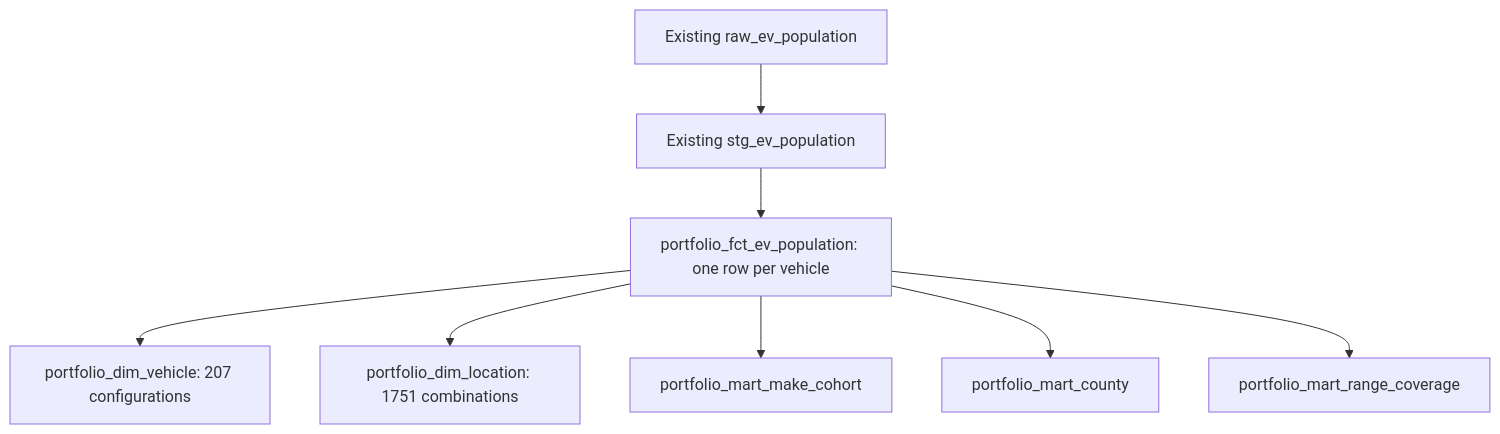
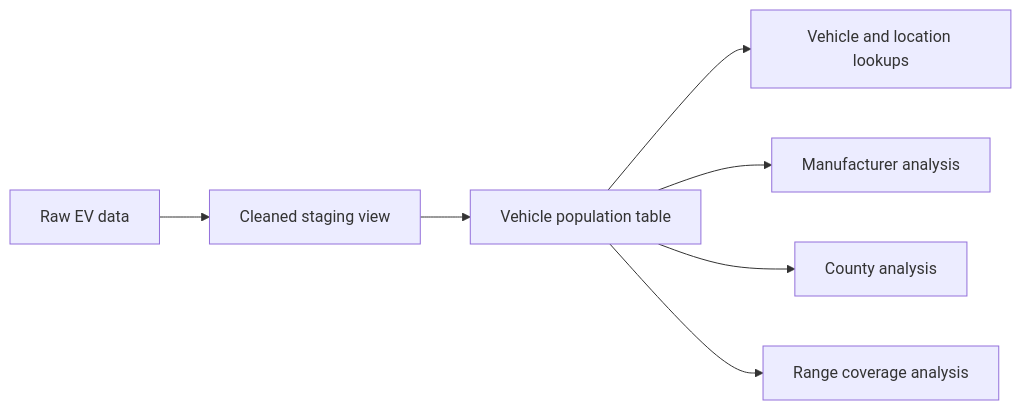
One commit to cheans409/ev-bigquery-warehouse changed the diagram in README.md. Above: the diagram before and after it, drawn with Mermaid. The commit also changed other lines of this file, not shown here.

````diff
--- a/README.md
+++ b/README.md
@@ -38,10 +31,9 @@
 ```mermaid
-flowchart TD
-    R[Existing raw_ev_population] --> S[Existing stg_ev_population]
-    S --> F[portfolio_fct_ev_population: one row per vehicle]
-    F --> V[portfolio_dim_vehicle: 207 configurations]
-    F --> L[portfolio_dim_location: 1751 combinations]
-    F --> M[portfolio_mart_make_cohort]
-    F --> C[portfolio_mart_county]
-    F --> Q[portfolio_mart_range_coverage]
+flowchart LR
+    A[Raw EV data] --> B[Cleaned staging view]
+    B --> C[Vehicle population table]
+    C --> D[Vehicle and location lookups]
+    C --> E[Manufacturer analysis]
+    C --> F[County analysis]
+    C --> G[Range coverage analysis]
 ```
````
